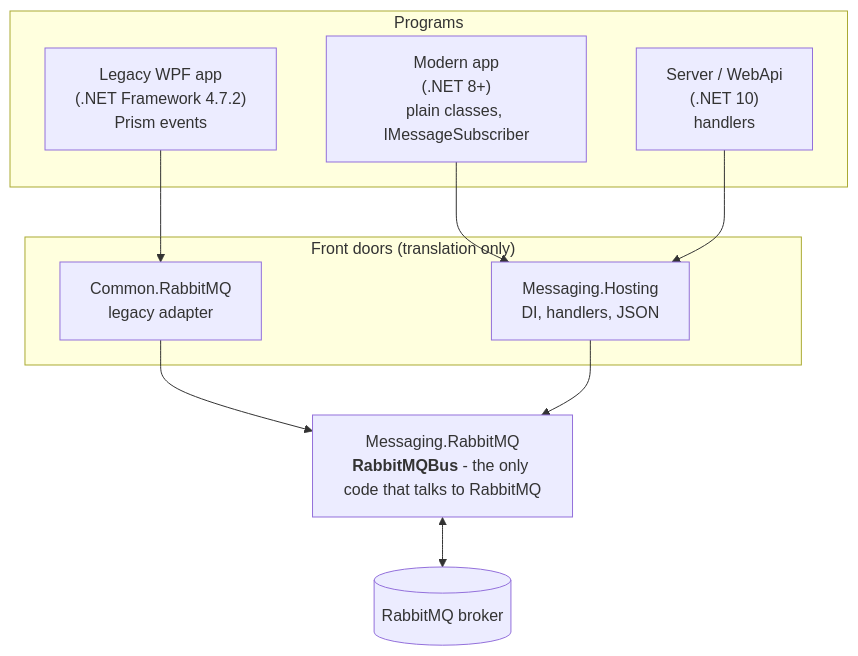
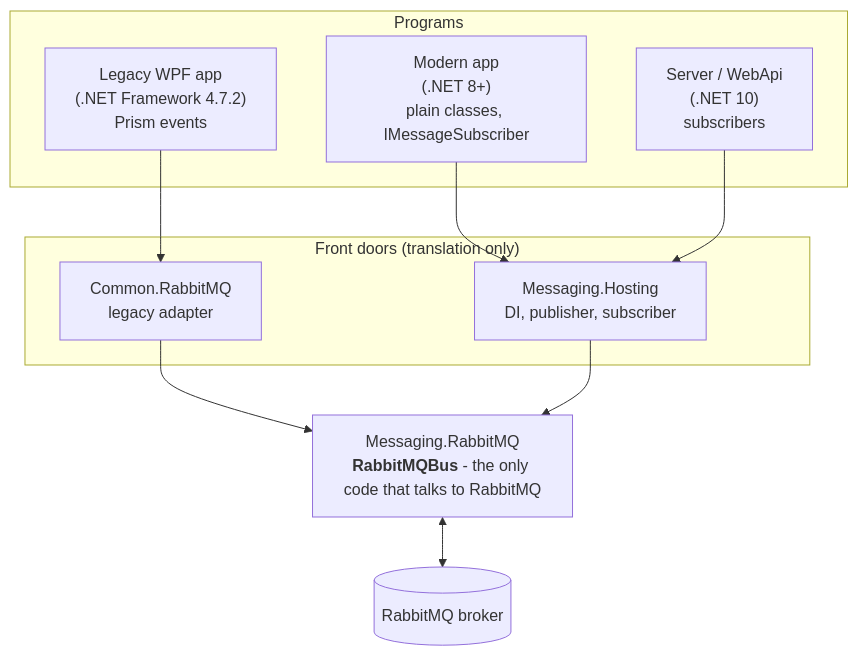
One commit to ncowine/CleanArchitecture changed the first of 3 diagrams in docs/messaging/README.md. Above: the diagram before and after it, drawn with Mermaid. The commit also changed other lines of this file and 6 other files, not shown here.

First line of the commit message:
docs(messaging): receiving is IMessageSubscriber only

````diff
--- a/docs/messaging/README.md
+++ b/docs/messaging/README.md
@@ -112,18 +112,18 @@
 ```mermaid
 flowchart TB
     subgraph Apps["Programs"]
         L["Legacy WPF app<br/>(.NET Framework 4.7.2)<br/>Prism events"]
         M["Modern app<br/>(.NET 8+)<br/>plain classes, IMessageSubscriber"]
-        S["Server / WebApi<br/>(.NET 10)<br/>handlers"]
+        S["Server / WebApi<br/>(.NET 10)<br/>subscribers"]
     end
     subgraph FrontDoors["Front doors (translation only)"]
         A["Common.RabbitMQ<br/>legacy adapter"]
-        H["Messaging.Hosting<br/>DI, handlers, JSON"]
+        H["Messaging.Hosting<br/>DI, publisher, subscriber"]
     end
     Core["Messaging.RabbitMQ<br/><b>RabbitMQBus</b> - the only code that talks to RabbitMQ"]
     B[("RabbitMQ broker")]
     L --> A --> Core
     M --> H
     S --> H --> Core
     Core <--> B
 ```
````
